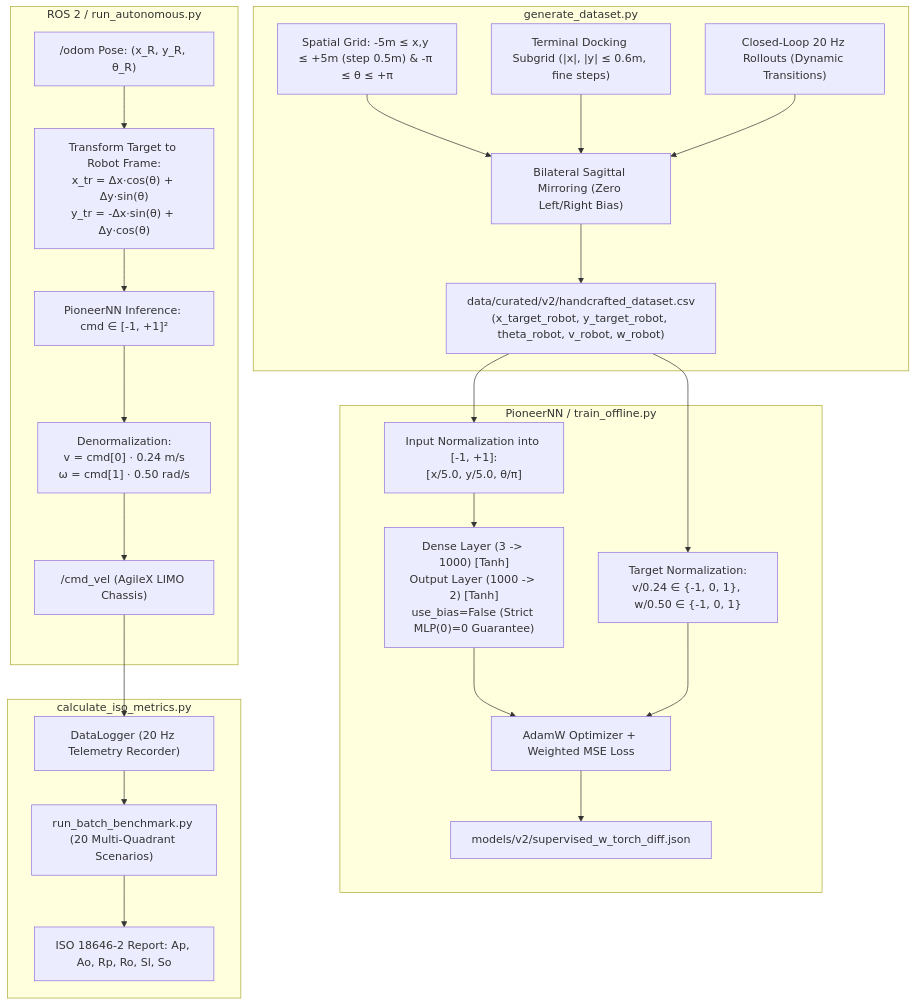
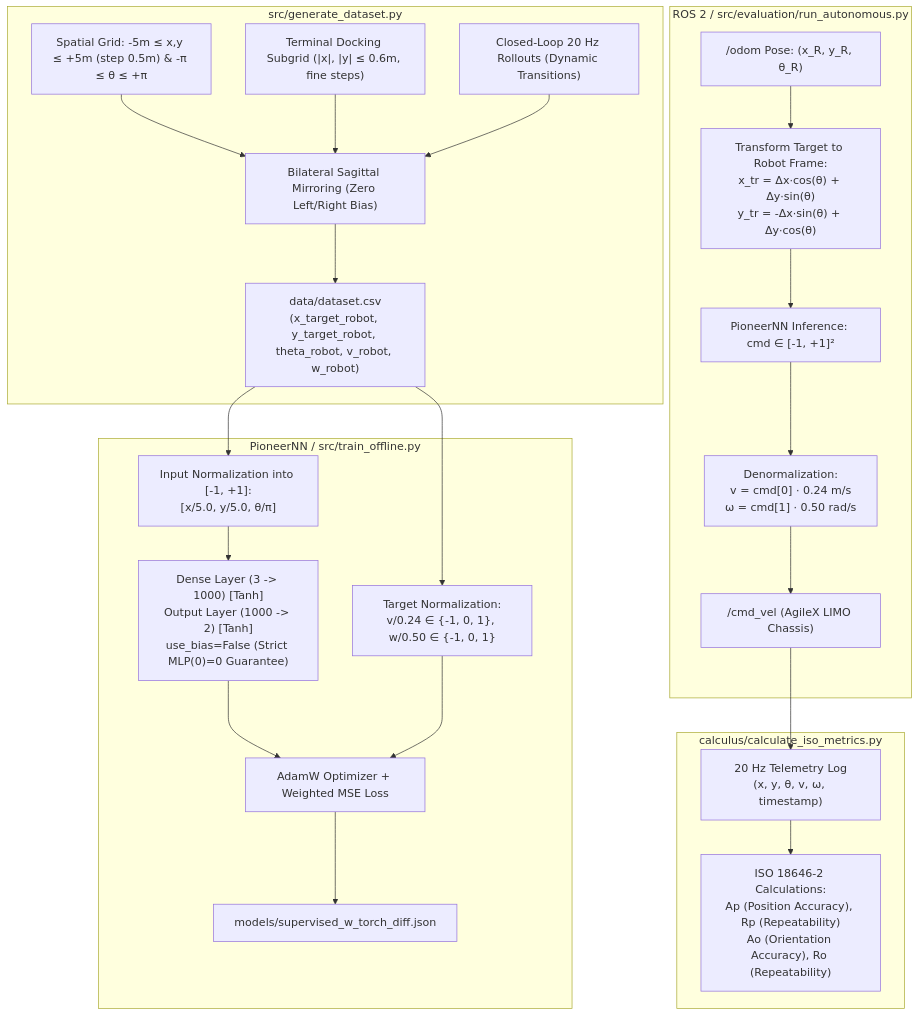
Before and after one commit to jupivato/limo-offline-learning: the diagram in README.md, drawn with Mermaid. The commit also changed other lines of this file and 14 other files, not shown here.

````diff
--- a/README.md
+++ b/README.md
@@ -17,40 +9,39 @@
 ```mermaid
-graph TD
-    subgraph Synthetic Dataset Generation [generate_dataset.py]
+flowchart TD
+    subgraph Offline Dataset Generation [src/generate_dataset.py]
         Grid["Spatial Grid: -5m ≤ x,y ≤ +5m (step 0.5m) & -π ≤ θ ≤ +π"]
         Dock["Terminal Docking Subgrid (|x|, |y| ≤ 0.6m, fine steps)"]
         Rollouts["Closed-Loop 20 Hz Rollouts (Dynamic Transitions)"]
         Sym["Bilateral Sagittal Mirroring (Zero Left/Right Bias)"]
         Grid --> Sym
         Dock --> Sym
         Rollouts --> Sym
-        Sym --> CSV["data/curated/v2/handcrafted_dataset.csv\n(x_target_robot, y_target_robot, theta_robot, v_robot, w_robot)"]
+        Sym --> CSV["data/dataset.csv\n(x_target_robot, y_target_robot, theta_robot, v_robot, w_robot)"]
     end
 
-    subgraph Neural Network Training [PioneerNN / train_offline.py]
+    subgraph Neural Network Training [PioneerNN / src/train_offline.py]
         NormIn["Input Normalization into [-1, +1]:\n[x/5.0, y/5.0, θ/π]"]
         MLP["Dense Layer (3 -> 1000) [Tanh]\nOutput Layer (1000 -> 2) [Tanh]\nuse_bias=False (Strict MLP(0)=0 Guarantee)"]
         NormOut["Target Normalization:\nv/0.24 ∈ {-1, 0, 1}, w/0.50 ∈ {-1, 0, 1}"]
         Loss["AdamW Optimizer + Weighted MSE Loss"]
         CSV --> NormIn --> MLP --> Loss
         CSV --> NormOut --> Loss
-        Loss --> Weights["models/v2/supervised_w_torch_diff.json"]
+        Loss --> Weights["models/supervised_w_torch_diff.json"]
     end
 
-    subgraph Closed-Loop Autonomous Control [ROS 2 / run_autonomous.py]
+    subgraph Closed-Loop Autonomous Control [ROS 2 / src/evaluation/run_autonomous.py]
         Odom["/odom Pose: (x_R, y_R, θ_R)"]
         Transform["Transform Target to Robot Frame:\nx_tr = Δx·cos(θ) + Δy·sin(θ)\ny_tr = -Δx·sin(θ) + Δy·cos(θ)"]
         Inference["PioneerNN Inference: cmd ∈ [-1, +1]²"]
         Denorm["Denormalization:\nv = cmd[0] · 0.24 m/s\nω = cmd[1] · 0.50 rad/s"]
         CmdVel["/cmd_vel (AgileX LIMO Chassis)"]
         
         Odom --> Transform --> Inference --> Denorm --> CmdVel
     end
 
-    subgraph Metrology & Benchmarking [calculate_iso_metrics.py]
-        Logger["DataLogger (20 Hz Telemetry Recorder)"]
-        Bench["run_batch_benchmark.py (20 Multi-Quadrant Scenarios)"]
-        ISO["ISO 18646-2 Report: Ap, Ao, Rp, Ro, Sl, So"]
-        CmdVel --> Logger --> Bench --> ISO
+    subgraph Metrology & Benchmarking [calculus/calculate_iso_metrics.py]
+        DataLogger["20 Hz Telemetry Log\n(x, y, θ, v, ω, timestamp)"]
+        ISOCalc["ISO 18646-2 Calculations:\nAp (Position Accuracy), Rp (Repeatability)\nAo (Orientation Accuracy), Ro (Repeatability)"]
+        CmdVel --> DataLogger --> ISOCalc
     end
 ```
````
